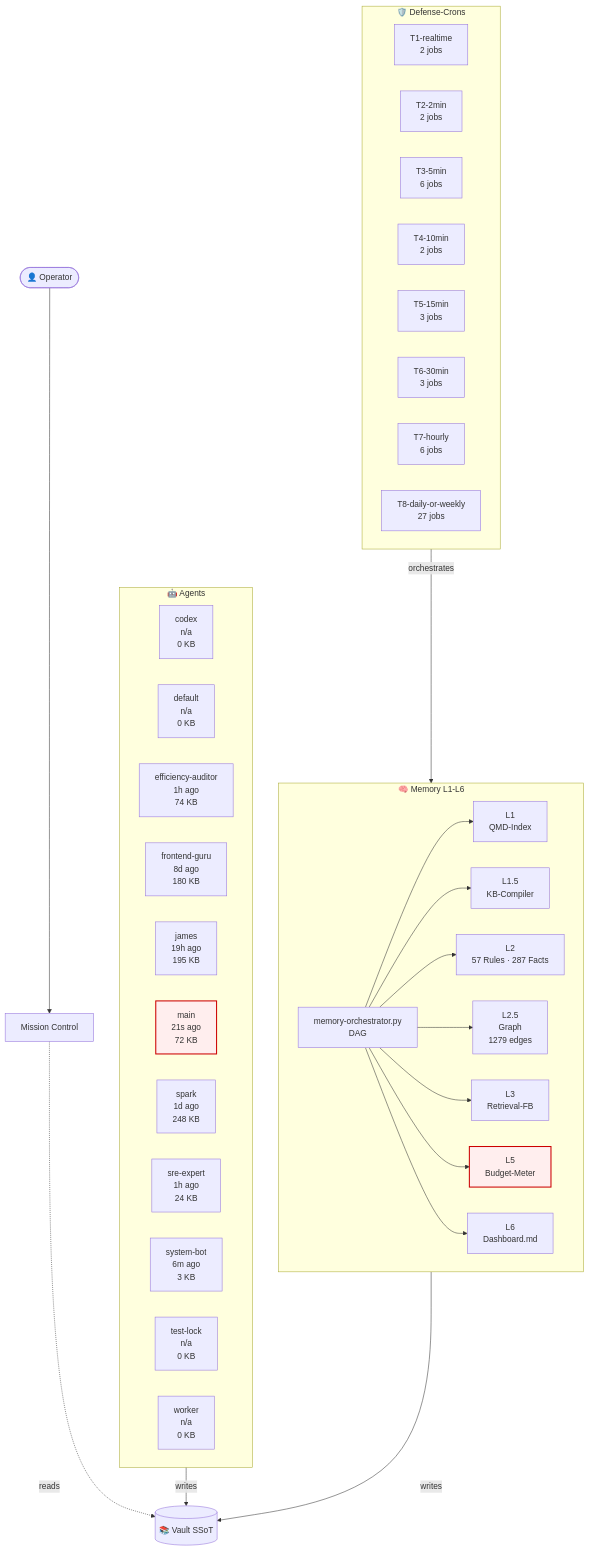
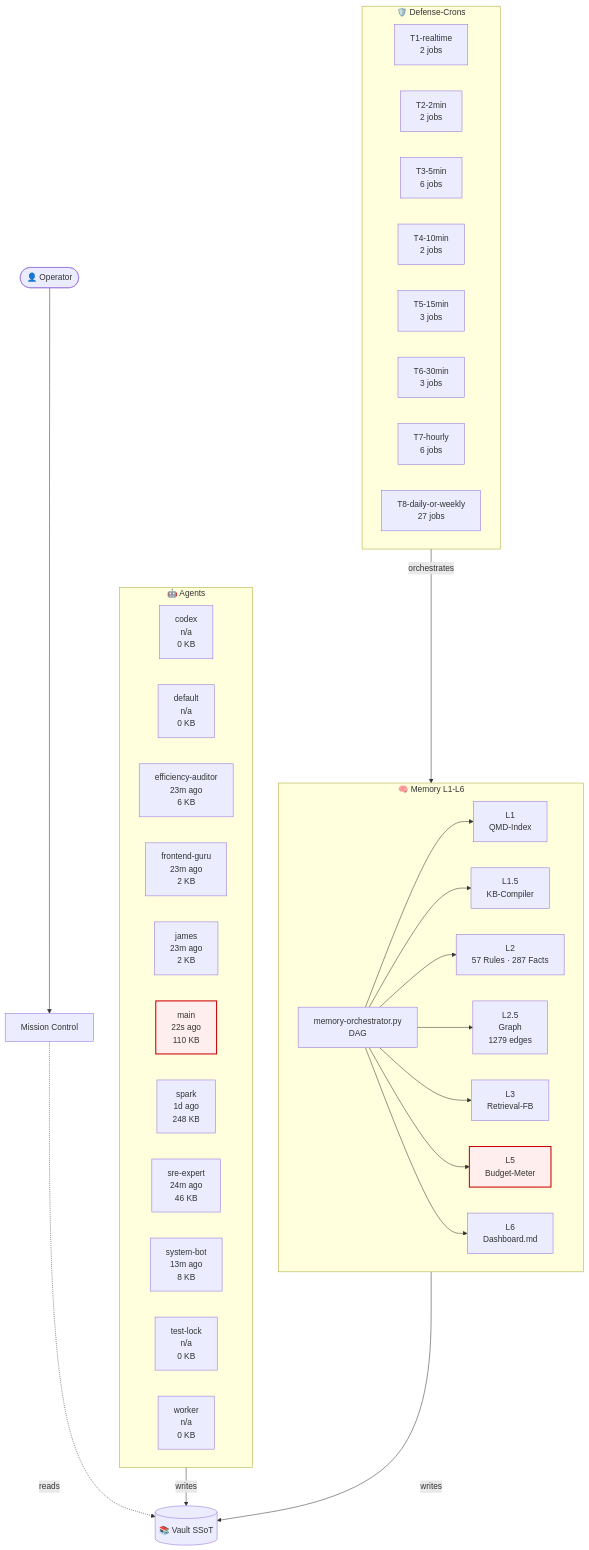
Before and after one commit to lenardhuebner88-rgb/openclaw-memory: the diagram in 03-Agents/architecture-live.md, drawn with Mermaid. The commit also changed other lines of this file and 1 other file, not shown here.

````diff
--- a/03-Agents/architecture-live.md
+++ b/03-Agents/architecture-live.md
@@ -18,54 +18,54 @@
 ```mermaid
 flowchart TB
     classDef critical fill:#fee,stroke:#c00,stroke-width:2px;
     subgraph AGT["🤖 Agents"]
         agent_codex["codex<br/>n/a<br/>0 KB"]
         agent_default["default<br/>n/a<br/>0 KB"]
-        agent_efficiency_auditor["efficiency-auditor<br/>1h ago<br/>74 KB"]
-        agent_frontend_guru["frontend-guru<br/>8d ago<br/>180 KB"]
-        agent_james["james<br/>19h ago<br/>195 KB"]
-        agent_main["main<br/>21s ago<br/>72 KB"]
+        agent_efficiency_auditor["efficiency-auditor<br/>23m ago<br/>6 KB"]
+        agent_frontend_guru["frontend-guru<br/>23m ago<br/>2 KB"]
+        agent_james["james<br/>23m ago<br/>2 KB"]
+        agent_main["main<br/>22s ago<br/>110 KB"]
         agent_spark["spark<br/>1d ago<br/>248 KB"]
-        agent_sre_expert["sre-expert<br/>1h ago<br/>24 KB"]
-        agent_system_bot["system-bot<br/>6m ago<br/>3 KB"]
+        agent_sre_expert["sre-expert<br/>24m ago<br/>46 KB"]
+        agent_system_bot["system-bot<br/>13m ago<br/>8 KB"]
         agent_test_lock["test-lock<br/>n/a<br/>0 KB"]
         agent_worker["worker<br/>n/a<br/>0 KB"]
     end
     subgraph MEM["🧠 Memory L1-L6"]
         L1["L1<br/>QMD-Index"]
         L15["L1.5<br/>KB-Compiler"]
         L2["L2<br/>57 Rules · 287 Facts"]
         L25["L2.5<br/>Graph<br/>1279 edges"]
         L3["L3<br/>Retrieval-FB"]
         L5["L5<br/>Budget-Meter"]
         L6["L6<br/>Dashboard.md"]
         ORCH["memory-orchestrator.py<br/>DAG"]
     end
     subgraph CRN["🛡️ Defense-Crons"]
         tier_T1_realtime["T1-realtime<br/>2 jobs"]
         tier_T2_2min["T2-2min<br/>2 jobs"]
         tier_T3_5min["T3-5min<br/>6 jobs"]
         tier_T4_10min["T4-10min<br/>2 jobs"]
         tier_T5_15min["T5-15min<br/>3 jobs"]
         tier_T6_30min["T6-30min<br/>3 jobs"]
         tier_T7_hourly["T7-hourly<br/>6 jobs"]
         tier_T8_daily_or_weekly["T8-daily-or-weekly<br/>27 jobs"]
     end
     VAULT[("📚 Vault SSoT")]
     OP([👤 Operator])
     MC["Mission Control"]
     OP --> MC
     MC -.reads.-> VAULT
     AGT -->|writes| VAULT
     MEM -->|writes| VAULT
     ORCH --> L1
     ORCH --> L15
     ORCH --> L2
     ORCH --> L25
     ORCH --> L3
     ORCH --> L5
     ORCH --> L6
     CRN -->|orchestrates| MEM
     class L5 critical
     class agent_main critical
 ```
````
